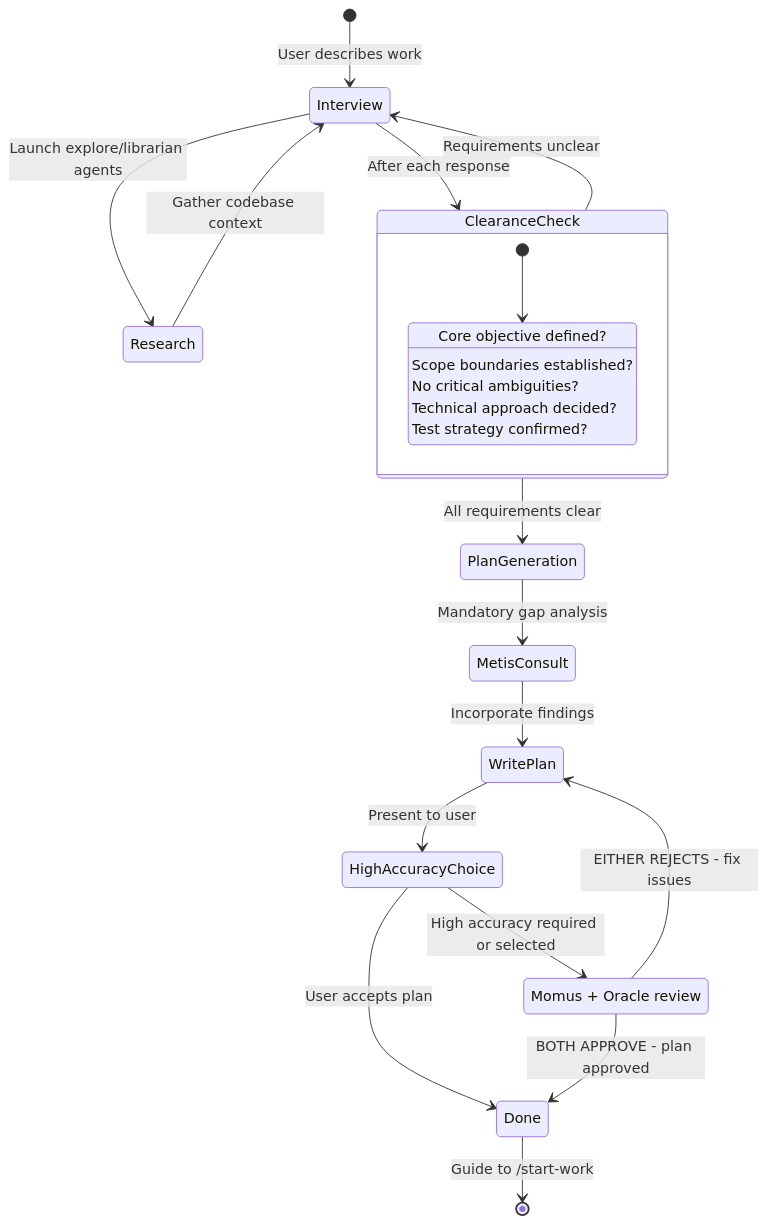
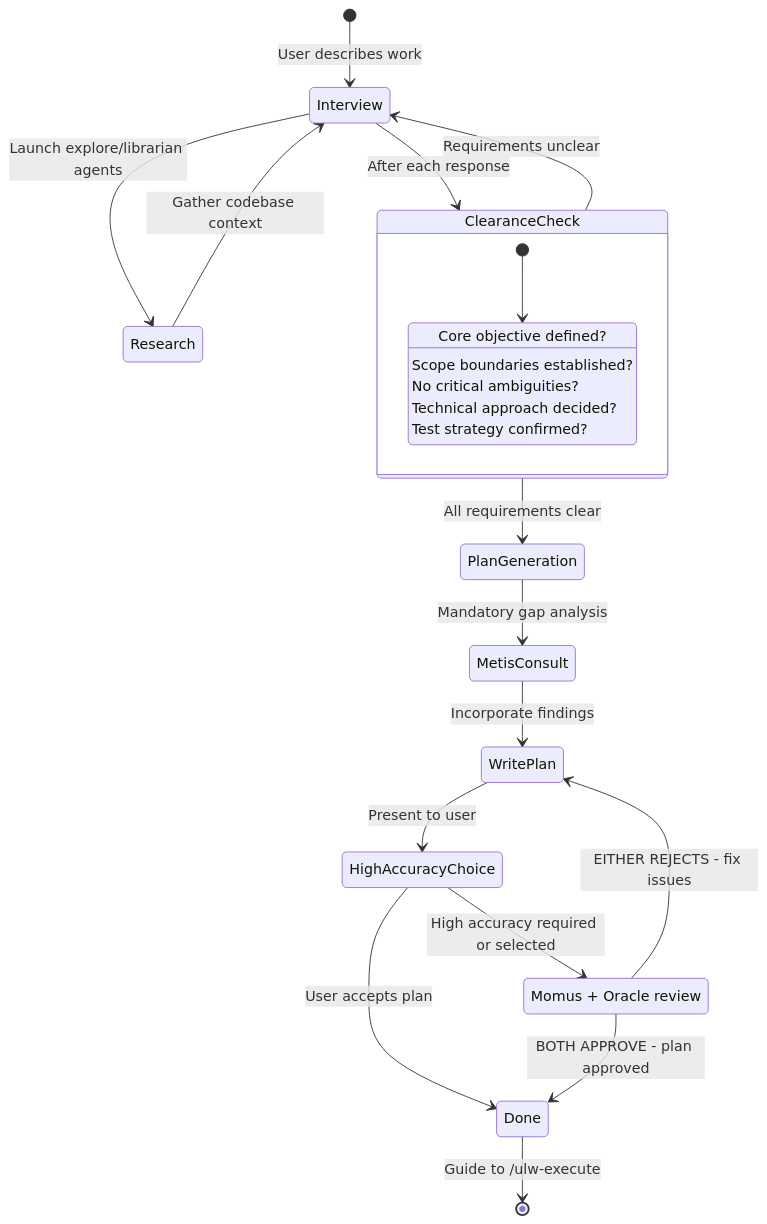
The second of 3 diagrams in docs/guide/orchestration.md (A-Archives-and-Forks/oh-my-openagent), drawn with Mermaid before and after one commit. The commit also changed other lines of this file and 16 other files, not shown here.

Commit message:
docs: rename start-work to ulw-execute, add breaking-change entry

````diff
--- a/docs/guide/orchestration.md
+++ b/docs/guide/orchestration.md
@@ -128,33 +128,33 @@
 ```mermaid
 stateDiagram-v2
     [*] --> Interview: User describes work
     Interview --> Research: Launch explore/librarian agents
     Research --> Interview: Gather codebase context
     Interview --> ClearanceCheck: After each response
 
     ClearanceCheck --> Interview: Requirements unclear
     ClearanceCheck --> PlanGeneration: All requirements clear
 
     state ClearanceCheck {
         [*] --> Check
         Check: Core objective defined?
         Check: Scope boundaries established?
         Check: No critical ambiguities?
         Check: Technical approach decided?
         Check: Test strategy confirmed?
     }
 
     PlanGeneration --> MetisConsult: Mandatory gap analysis
     MetisConsult --> WritePlan: Incorporate findings
     WritePlan --> HighAccuracyChoice: Present to user
 
     state "Momus + Oracle review" as DualReview
 
     HighAccuracyChoice --> DualReview: High accuracy required or selected
     HighAccuracyChoice --> Done: User accepts plan
 
     DualReview --> WritePlan: EITHER REJECTS - fix issues
     DualReview --> Done: BOTH APPROVE - plan approved
 
-    Done --> [*]: Guide to /start-work
+    Done --> [*]: Guide to /ulw-execute
 ```
````
